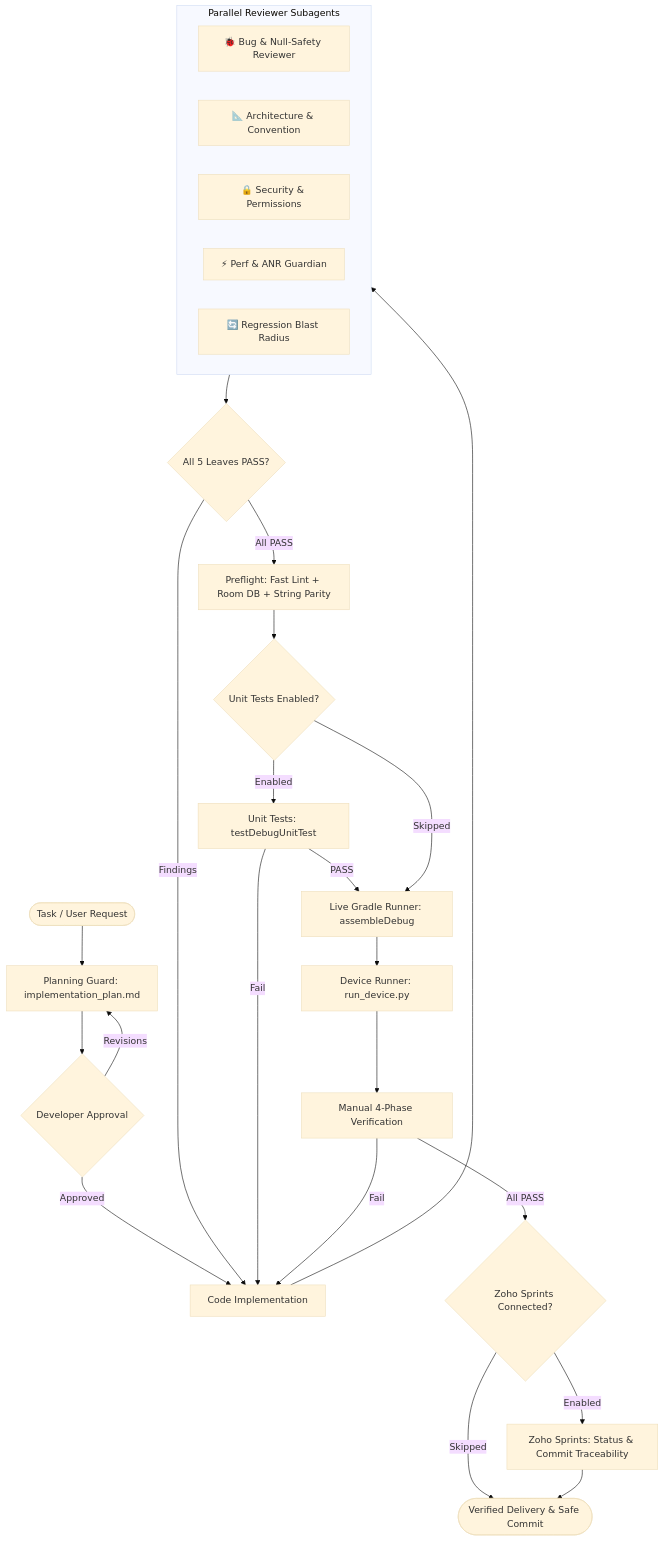
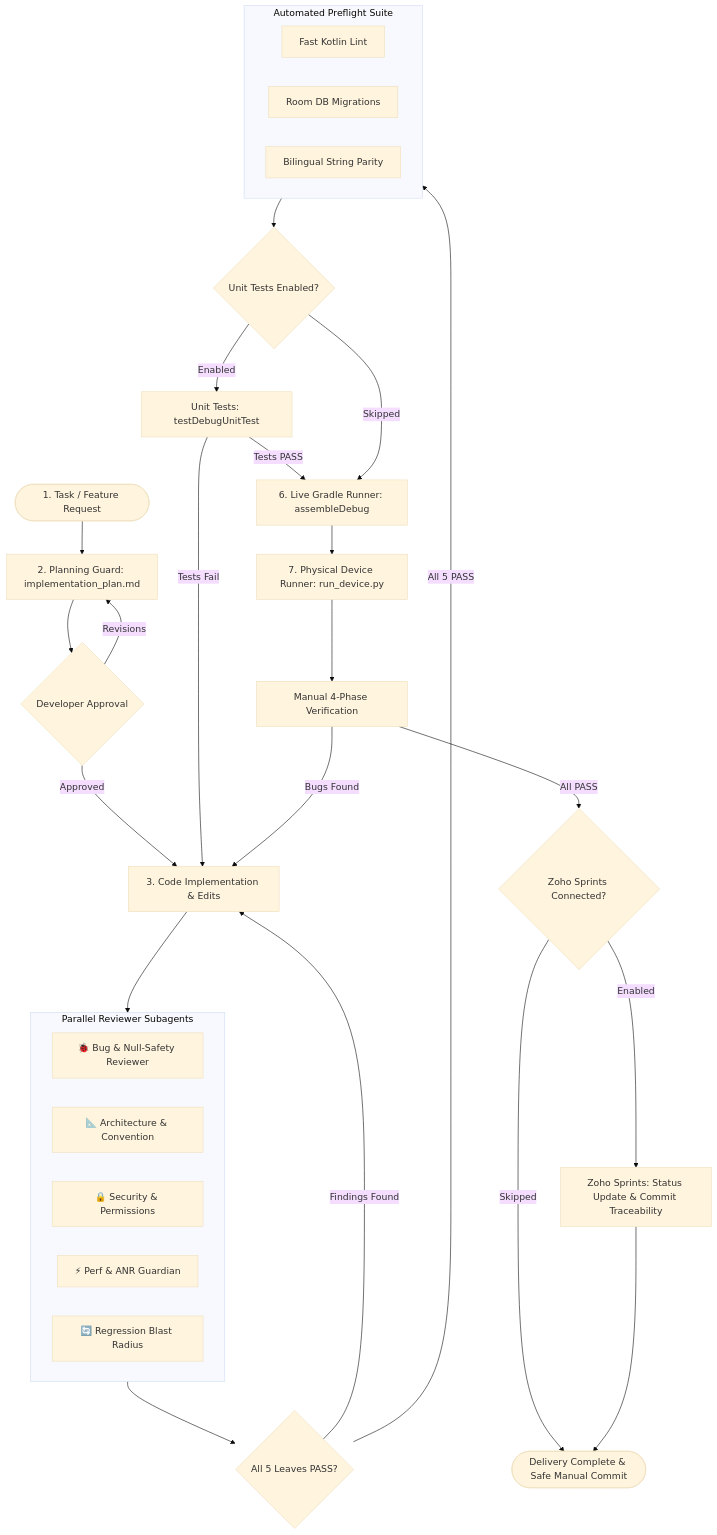
The first of 2 diagrams in README.md (rabee-elkholy/android-agent-harness), drawn with Mermaid (base theme) before and after one commit. The commit also changed other lines of this file, not shown here.

Commit message:
docs(readme): expand documentation with detailed Table of Contents, deep dives, and architecture guides

````diff
--- a/README.md
+++ b/README.md
@@ -57,32 +107,40 @@
 ```mermaid
 flowchart TD
-    Start(["Task / User Request"]) --> Plan["Planning Guard: implementation_plan.md"]
+    Start(["1. Task / Feature Request"]) --> Plan["2. Planning Guard: implementation_plan.md"]
     Plan --> Approval{"Developer Approval"}
-    Approval -- Approved --> Code["Code Implementation"]
     Approval -- Revisions --> Plan
-    Code --> ReviewGate["Five-Leaf Parallel Review Gate"]
+    Approval -- Approved --> Code["3. Code Implementation & Edits"]
     
+    Code --> ReviewGate["4. Five-Leaf Parallel Review Gate"]
     subgraph ReviewGate ["Parallel Reviewer Subagents"]
         R1["🐞 Bug & Null-Safety Reviewer"]
         R2["📐 Architecture & Convention"]
         R3["🔒 Security & Permissions"]
         R4["⚡ Perf & ANR Guardian"]
         R5["🔄 Regression Blast Radius"]
     end
     
     ReviewGate --> Verdict{"All 5 Leaves PASS?"}
-    Verdict -- Findings --> Code
-    Verdict -- All PASS --> Preflight["Preflight: Fast Lint + Room DB + String Parity"]
+    Verdict -- Findings Found --> Code
+    Verdict -- All 5 PASS --> Preflight["5. Preflight Sanity Verification"]
+    
+    subgraph Preflight ["Automated Preflight Suite"]
+        P1["Fast Kotlin Lint"]
+        P2["Room DB Migrations"]
+        P3["Bilingual String Parity"]
+    end
+    
     Preflight --> TestCheck{"Unit Tests Enabled?"}
     TestCheck -- Enabled --> UnitTests["Unit Tests: testDebugUnitTest"]
-    UnitTests -- Fail --> Code
-    UnitTests -- PASS --> Gradle["Live Gradle Runner: assembleDebug"]
+    UnitTests -- Tests Fail --> Code
+    UnitTests -- Tests PASS --> Gradle["6. Live Gradle Runner: assembleDebug"]
     TestCheck -- Skipped --> Gradle
-    Gradle --> Device["Device Runner: run_device.py"]
+    
+    Gradle --> Device["7. Physical Device Runner: run_device.py"]
     Device --> ManualSignoff["Manual 4-Phase Verification"]
-    ManualSignoff -- Fail --> Code
+    ManualSignoff -- Bugs Found --> Code
     ManualSignoff -- All PASS --> ZohoCheck{"Zoho Sprints Connected?"}
-    ZohoCheck -- Enabled --> Zoho["Zoho Sprints: Status & Commit Traceability"]
-    ZohoCheck -- Skipped --> Finish(["Verified Delivery & Safe Commit"])
+    ZohoCheck -- Enabled --> Zoho["Zoho Sprints: Status Update & Commit Traceability"]
+    ZohoCheck -- Skipped --> Finish(["Delivery Complete & Safe Manual Commit"])
     Zoho --> Finish
 ```
````
